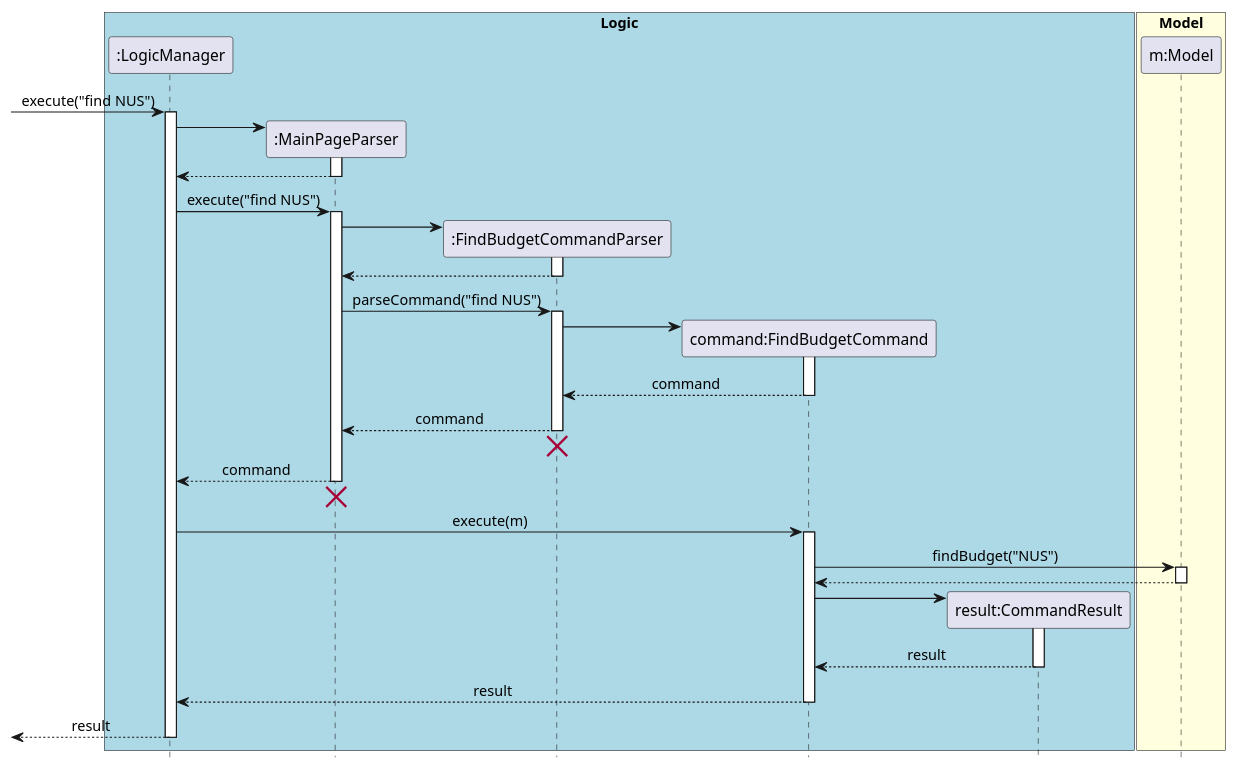
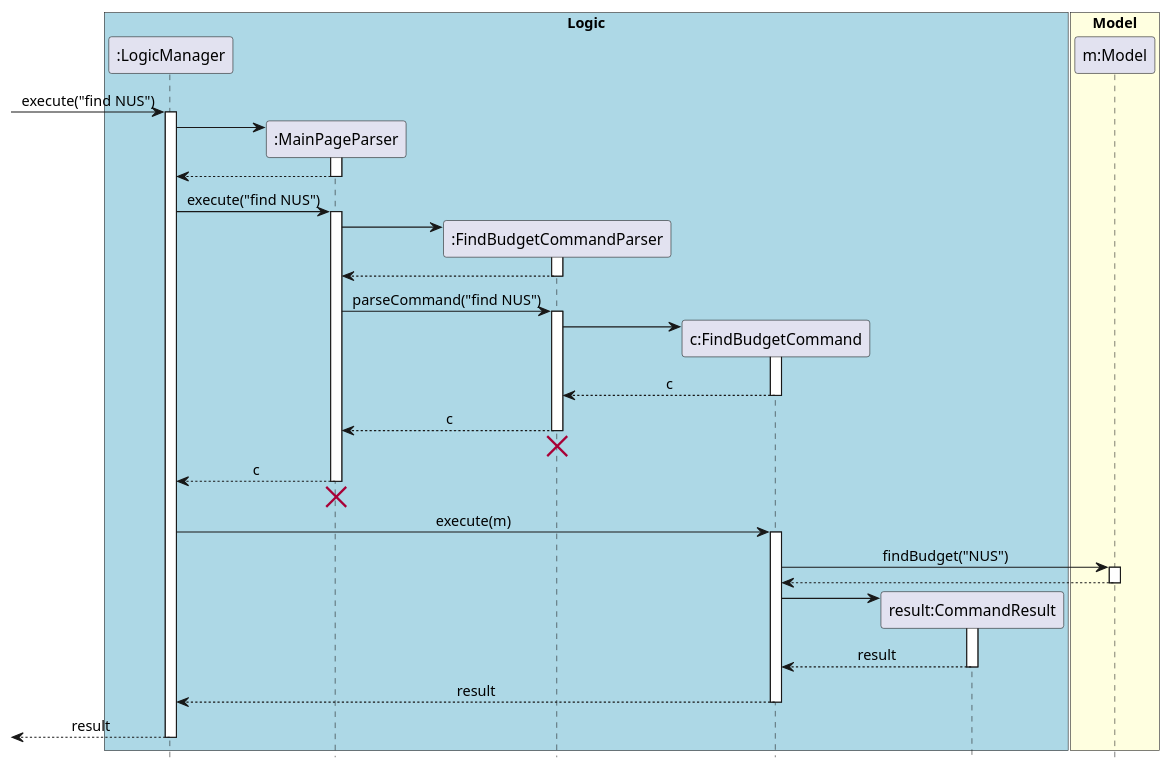
One commit to yu-ming-chen/tp changed the diagram in docs/diagrams/commandsPlantUML/FindBudgetCommand.puml. Above: the diagram before and after it, drawn with PlantUML. The commit also changed 9 other files, not shown here.

Commit message:
Fix sequence diagrams

```diff
--- a/docs/diagrams/commandsPlantUML/FindBudgetCommand.puml
+++ b/docs/diagrams/commandsPlantUML/FindBudgetCommand.puml
@@ -1,71 +1,71 @@
 @startuml
 hide footbox
 skinparam Sequence {
     MessageAlign center
 }
 box "Logic" #LightBlue
 participant ":LogicManager" as LM
 participant ":MainPageParser" as MPP
 participant ":FindBudgetCommandParser" as FBCP
-participant "command:FindBudgetCommand" as FBC
+participant "c:FindBudgetCommand" as FBC
 participant "result:CommandResult" as CR
 end box
 
 box "Model" #LightYellow
 participant "m:Model" as M
 end box
 
 [-> LM : execute("find NUS")
 activate LM
 create MPP
 LM -> MPP
 activate MPP
 LM <-- MPP
 deactivate MPP
 
 LM -> MPP : execute("find NUS")
 activate MPP
 
 create FBCP
 MPP -> FBCP
 activate FBCP
 MPP <-- FBCP
 deactivate FBCP
 
 MPP -> FBCP : parseCommand("find NUS")
 activate FBCP
 
 create FBC
 FBCP -> FBC
 activate FBC
-FBCP <-- FBC : command
+FBCP <-- FBC : c
 deactivate FBC
-MPP <-- FBCP : command
+MPP <-- FBCP : c
 deactivate FBCP
 FBCP -[hidden]-> MPP
 destroy FBCP
 
-LM <-- MPP : command
+LM <-- MPP : c
 deactivate MPP
 LM <-[hidden]- MPP
 destroy MPP
 
 LM -> FBC : execute(m)
 activate FBC
 
 FBC -> M : findBudget("NUS")
 activate M
 FBC <-- M
 deactivate M
 
 create CR
 FBC -> CR
 activate CR
 FBC <-- CR : result
 deactivate CR
 
 LM <-- FBC : result
 deactivate FBC
 [<-- LM : result
 deactivate LM
 @enduml
```
